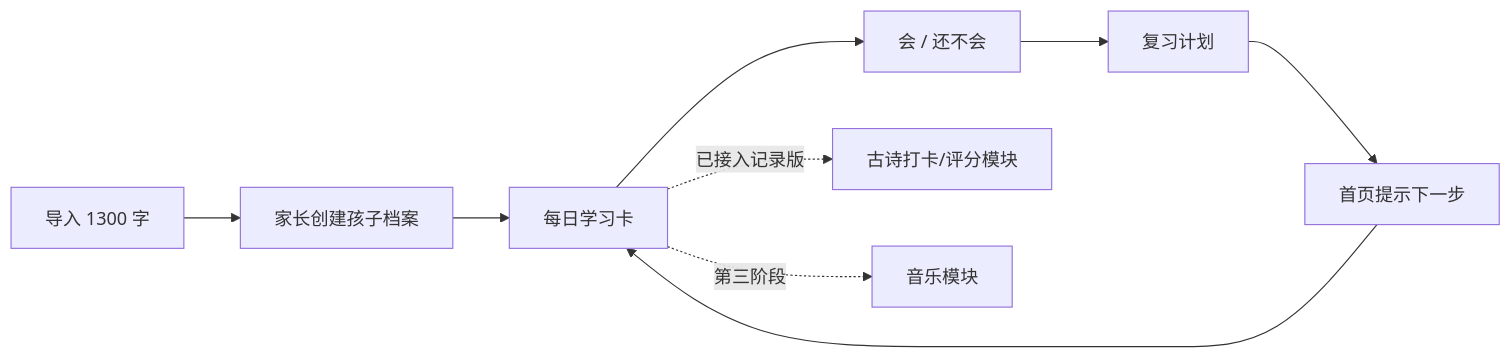
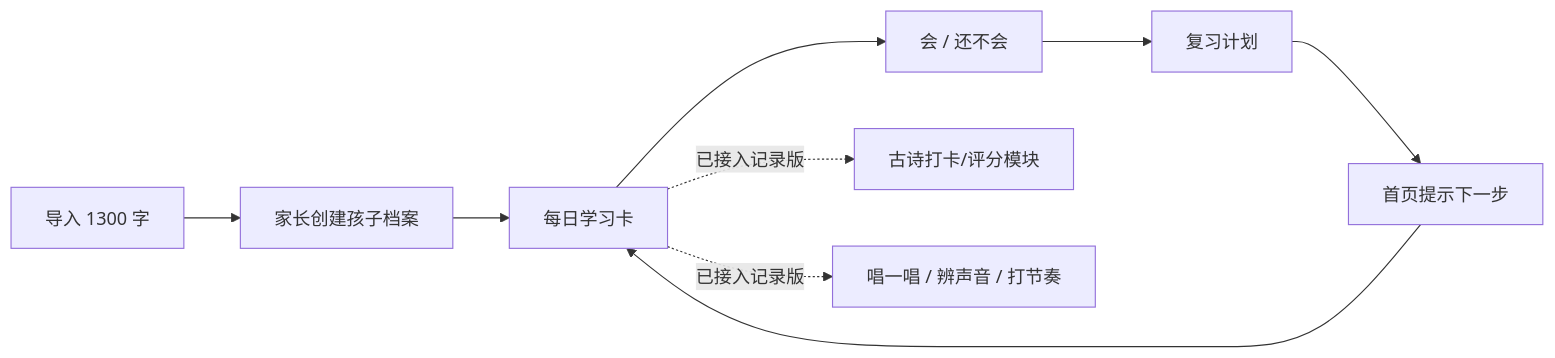
The diagram in README.md (FisherUp11/Fisher_Learning_System), drawn with Mermaid before and after one commit. The commit also changed other lines of this file and 24 other files, not shown here.

````diff
--- a/README.md
+++ b/README.md
@@ -55,11 +56,11 @@
 ```mermaid
 flowchart LR
   A[导入 1300 字] --> B[家长创建孩子档案]
   B --> C[每日学习卡]
   C --> D[会 / 还不会]
   D --> E[复习计划]
   E --> F[首页提示下一步]
   F --> C
   C -.已接入记录版.-> G[古诗打卡/评分模块]
-  C -.第三阶段.-> H[音乐模块]
+  C -.已接入记录版.-> H[唱一唱 / 辨声音 / 打节奏]
 ```
````
